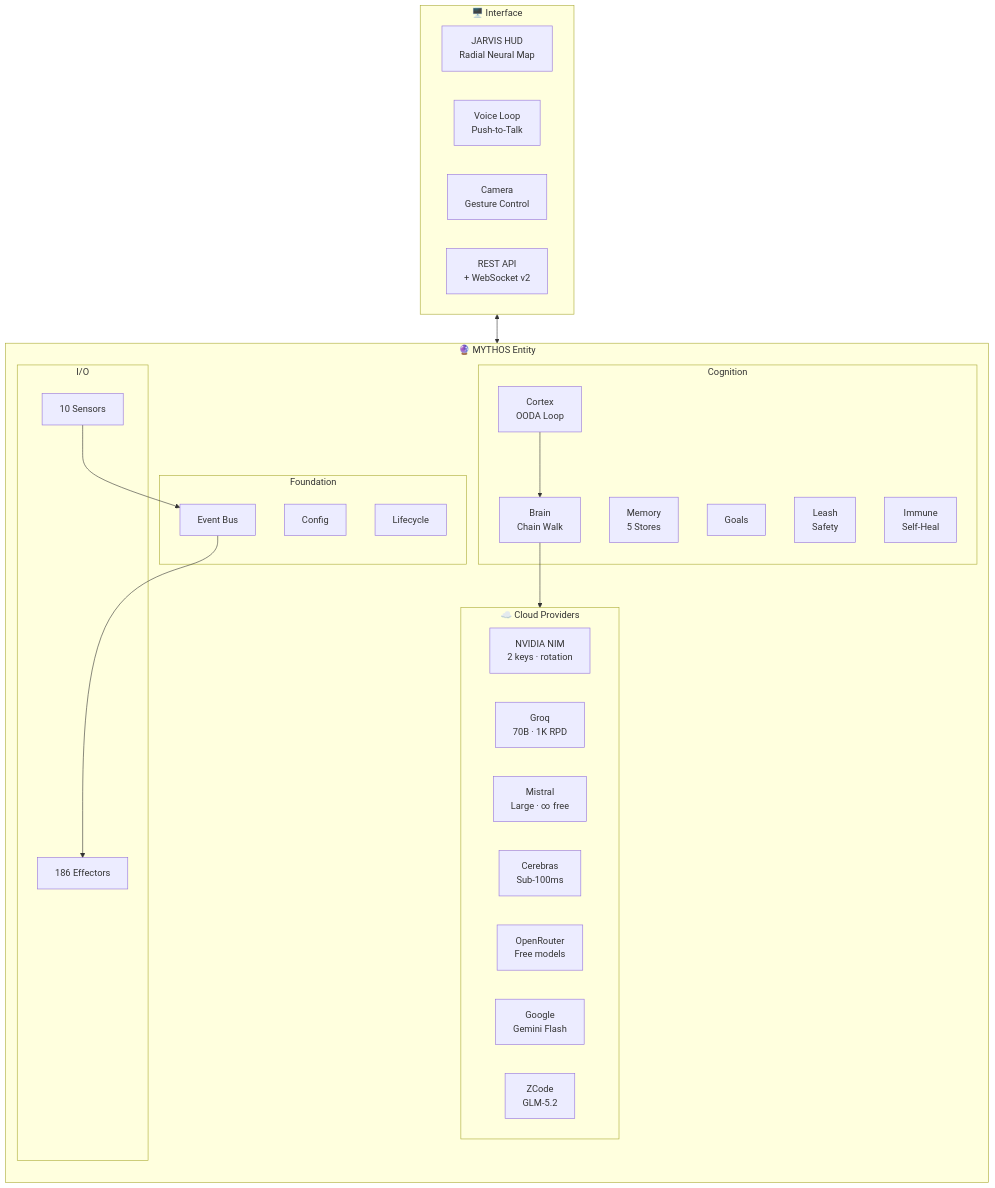
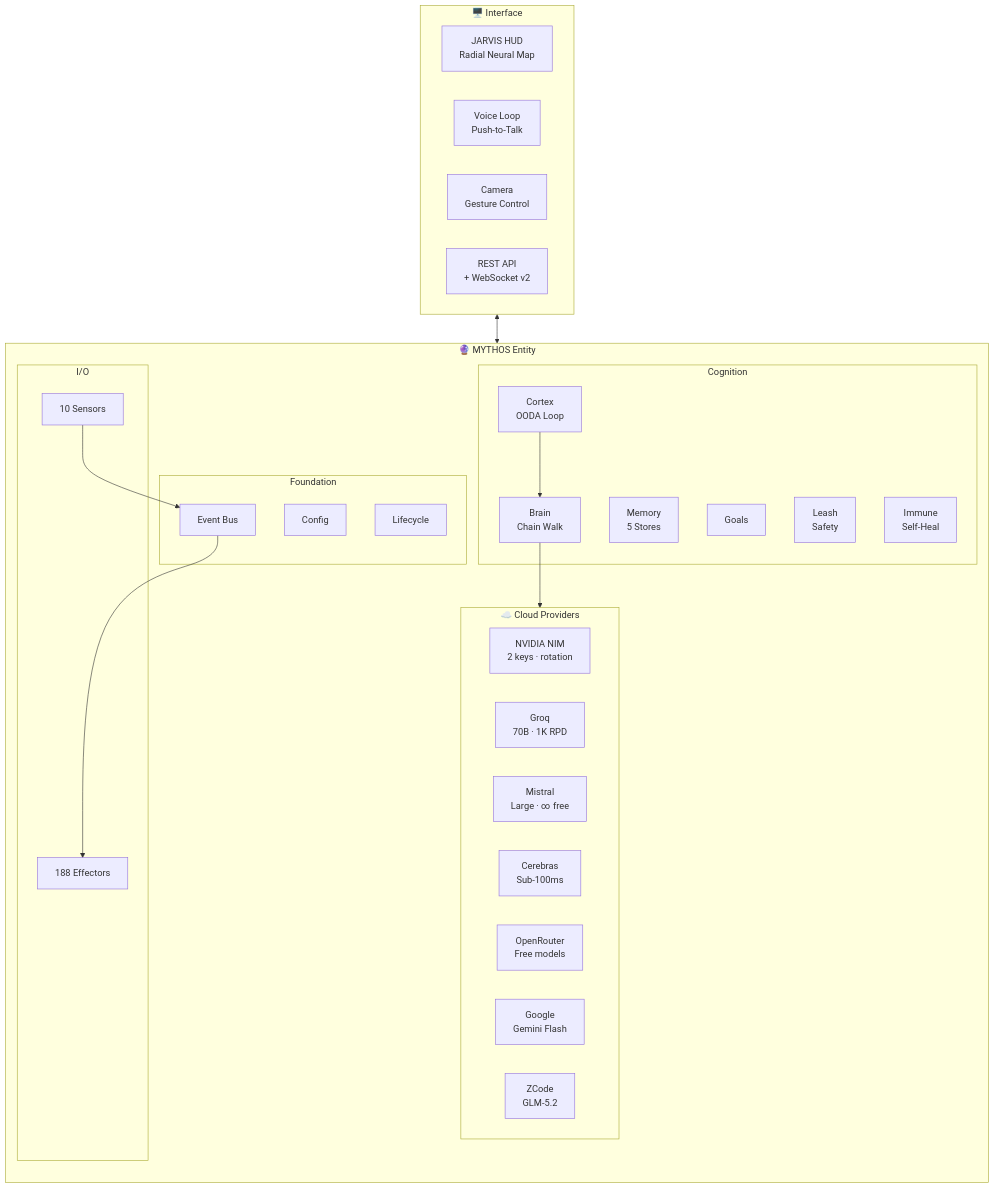
The first of 11 diagrams in README.md (HailLucifer666/Agent_OS), drawn with Mermaid before and after one commit. The commit also changed other lines of this file and 24 other files, not shown here.

````diff
--- a/README.md
+++ b/README.md
@@ -48,45 +48,45 @@
 ```mermaid
 flowchart TB
     subgraph Cloud["☁️ Cloud Providers"]
         direction LR
         NIM["NVIDIA NIM<br/>2 keys · rotation"]
         GQ["Groq<br/>70B · 1K RPD"]
         MI["Mistral<br/>Large · ∞ free"]
         CE["Cerebras<br/>Sub-100ms"]
         OR["OpenRouter<br/>Free models"]
         GOOG["Google<br/>Gemini Flash"]
         ZC["ZCode<br/>GLM-5.2"]
     end
 
     subgraph MYTHOS["🔮 MYTHOS Entity"]
         direction TB
         subgraph Foundation["Foundation"]
             CFG["Config"]
             BUS["Event Bus"]
             LIFE["Lifecycle"]
         end
         subgraph Cognition["Cognition"]
             CORT["Cortex<br/>OODA Loop"]
             BRN["Brain<br/>Chain Walk"]
             MEM["Memory<br/>5 Stores"]
             GOAL["Goals"]
             LEASH["Leash<br/>Safety"]
             IMM["Immune<br/>Self-Heal"]
         end
         subgraph IOLayer["I/O"]
             SENS["10 Sensors"]
-            EFF["186 Effectors"]
+            EFF["188 Effectors"]
         end
         CORT --> BRN --> Cloud
         SENS --> BUS --> EFF
     end
 
     subgraph Interface["🖥️ Interface"]
         HUD["JARVIS HUD<br/>Radial Neural Map"]
         VOICE["Voice Loop<br/>Push-to-Talk"]
         CAM["Camera<br/>Gesture Control"]
         API["REST API<br/>+ WebSocket v2"]
     end
 
     Interface <--> MYTHOS
 ```
````
